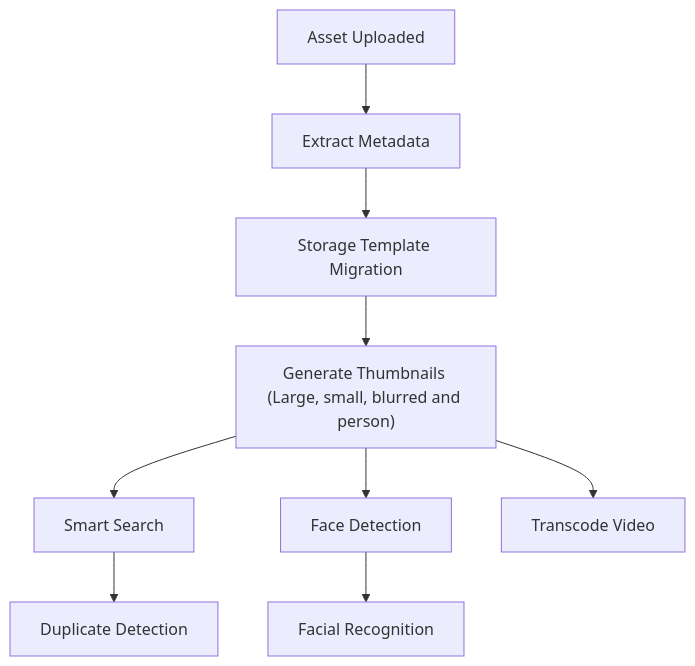
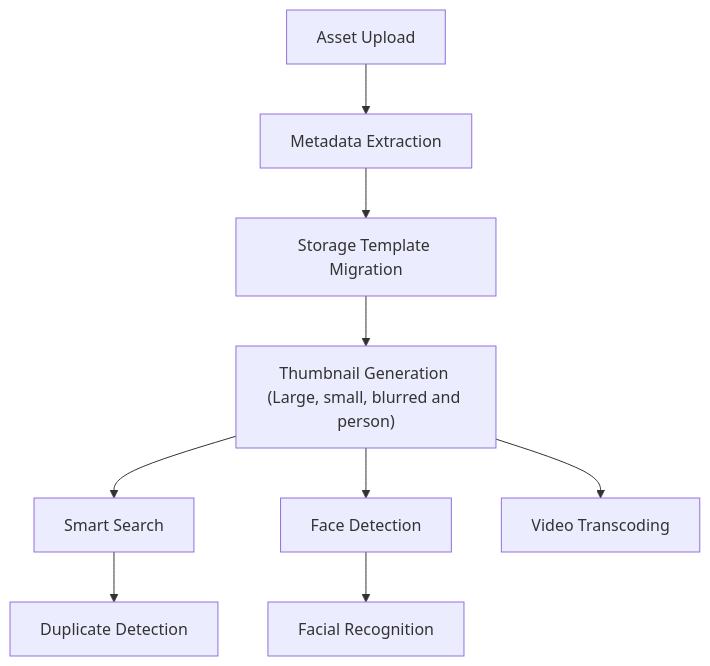
The diagram in docs/docs/administration/jobs-workers.md (immich-app/immich), drawn with Mermaid before and after one commit.

````diff
--- a/docs/docs/administration/jobs-workers.md
+++ b/docs/docs/administration/jobs-workers.md
@@ -63,11 +63,11 @@
 ```mermaid
 graph TD
-    A[Asset Uploaded] --> B[Extract Metadata]
+    A[Asset Upload] --> B[Metadata Extraction]
     B --> C[Storage Template Migration]
-    C --> D["Generate Thumbnails (Large, small, blurred and person)"]
+    C --> D["Thumbnail Generation (Large, small, blurred and person)"]
     D --> E[Smart Search]
     D --> F[Face Detection]
-    D --> G[Transcode Video]
+    D --> G[Video Transcoding]
     E --> H[Duplicate Detection]
     F --> I[Facial Recognition]
 ```
````
